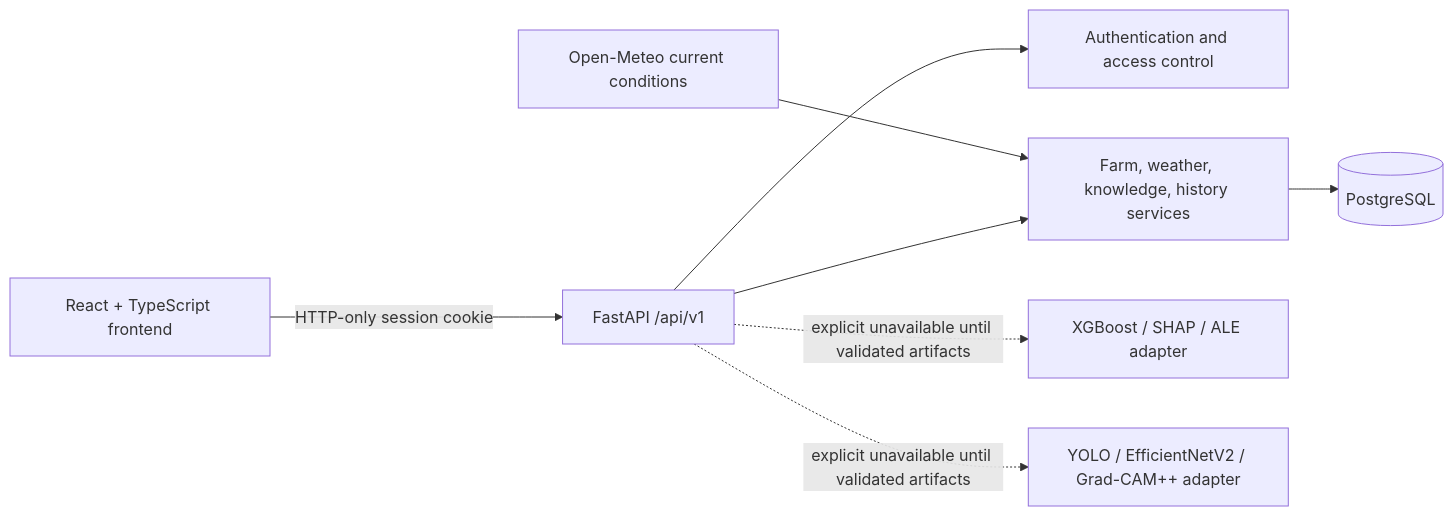
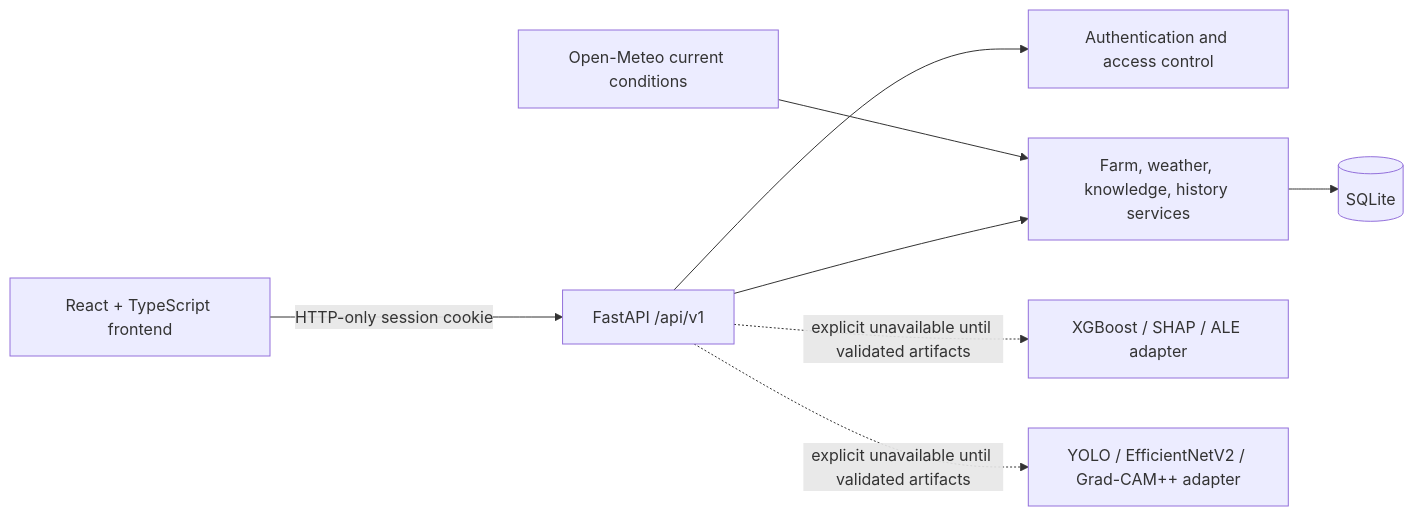
Before and after one commit to Jeeva934/Sugarcane-AI: the diagram in docs/architecture.md, drawn with Mermaid. The commit also changed other lines of this file and 15 other files, not shown here.

````diff
--- a/docs/architecture.md
+++ b/docs/architecture.md
@@ -3,10 +3,10 @@
 ```mermaid
 flowchart LR
   Browser[React + TypeScript frontend] -->|HTTP-only session cookie| API[FastAPI /api/v1]
   API --> Auth[Authentication and access control]
   API --> Services[Farm, weather, knowledge, history services]
-  Services --> DB[(PostgreSQL)]
+  Services --> DB[(SQLite)]
   Weather[Open-Meteo current conditions] --> Services
   API -. explicit unavailable until validated artifacts .-> Risk[XGBoost / SHAP / ALE adapter]
   API -. explicit unavailable until validated artifacts .-> Image[YOLO / EfficientNetV2 / Grad-CAM++ adapter]
 ```
````
